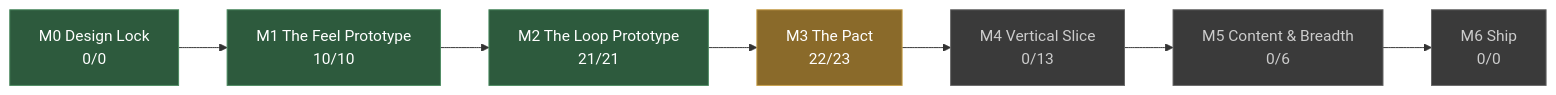
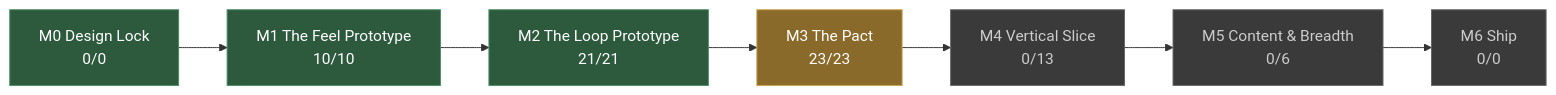
One commit to JoshuaGessner/she changed the diagram in docs/STATUS.md. Above: the diagram before and after it, drawn with Mermaid. The commit also changed other lines of this file and 6 other files, not shown here.

````diff
--- a/docs/STATUS.md
+++ b/docs/STATUS.md
@@ -13,19 +13,19 @@
 ```mermaid
 flowchart LR
   M0["M0 Design Lock<br/>0/0"]:::passed
   M1["M1 The Feel Prototype<br/>10/10"]:::passed
   M0 --> M1
   M2["M2 The Loop Prototype<br/>21/21"]:::passed
   M1 --> M2
-  M3["M3 The Pact<br/>22/23"]:::current
+  M3["M3 The Pact<br/>23/23"]:::current
   M2 --> M3
   M4["M4 Vertical Slice<br/>0/13"]:::ahead
   M3 --> M4
   M5["M5 Content & Breadth<br/>0/6"]:::ahead
   M4 --> M5
   M6["M6 Ship<br/>0/0"]:::ahead
   M5 --> M6
   classDef passed fill:#2d5a3d,stroke:#4a8a5f,color:#fff
   classDef current fill:#8a6a2a,stroke:#c8a04a,color:#fff
   classDef ahead fill:#3a3a3a,stroke:#666,color:#ccc
 ```
````
